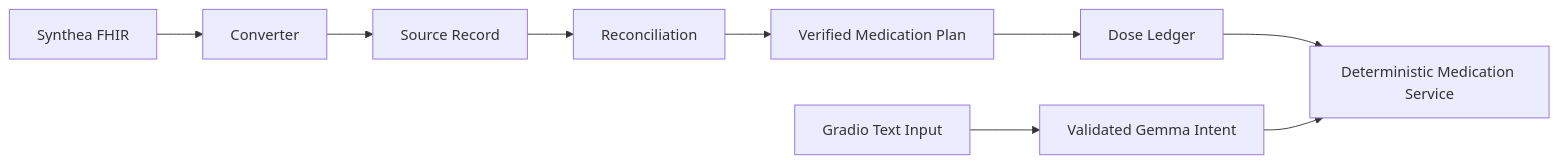
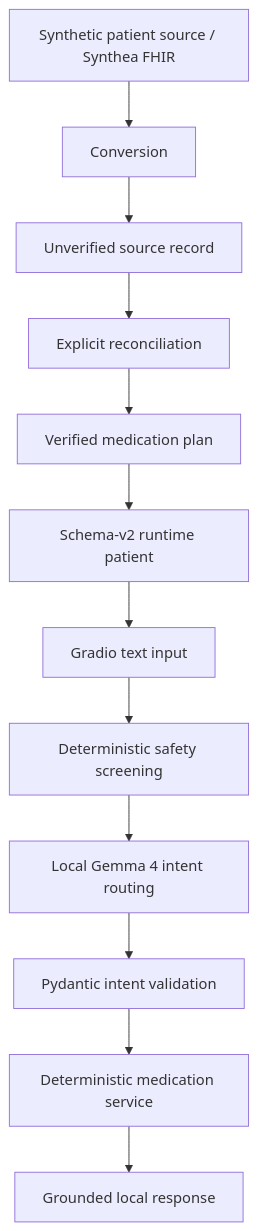
One commit to akshayatam/medicopilot changed the diagram in README.md. Above: the diagram before and after it, drawn with Mermaid. The commit also changed other lines of this file and 512 other files, not shown here.

````diff
--- a/README.md
+++ b/README.md
@@ -9,11 +13,14 @@
 ```mermaid
-flowchart LR
-    A[Synthea FHIR] --> B[Converter]
-    B --> C[Source Record]
-    C --> D[Reconciliation]
-    D --> E[Verified Medication Plan]
-    E --> F[Dose Ledger]
-    F --> G[Deterministic Medication Service]
-    H[Validated Gemma Intent] --> G
-    I[Gradio Text Input] --> H
+flowchart TD
+    A[Synthetic patient source / Synthea FHIR] --> B[Conversion]
+    B --> C[Unverified source record]
+    C --> D[Explicit reconciliation]
+    D --> E[Verified medication plan]
+    E --> F[Schema-v2 runtime patient]
+    F --> G[Gradio text input]
+    G --> H[Deterministic safety screening]
+    H --> I[Local Gemma 4 intent routing]
+    I --> J[Pydantic intent validation]
+    J --> K[Deterministic medication service]
+    K --> L[Grounded local response]
 ```
````
